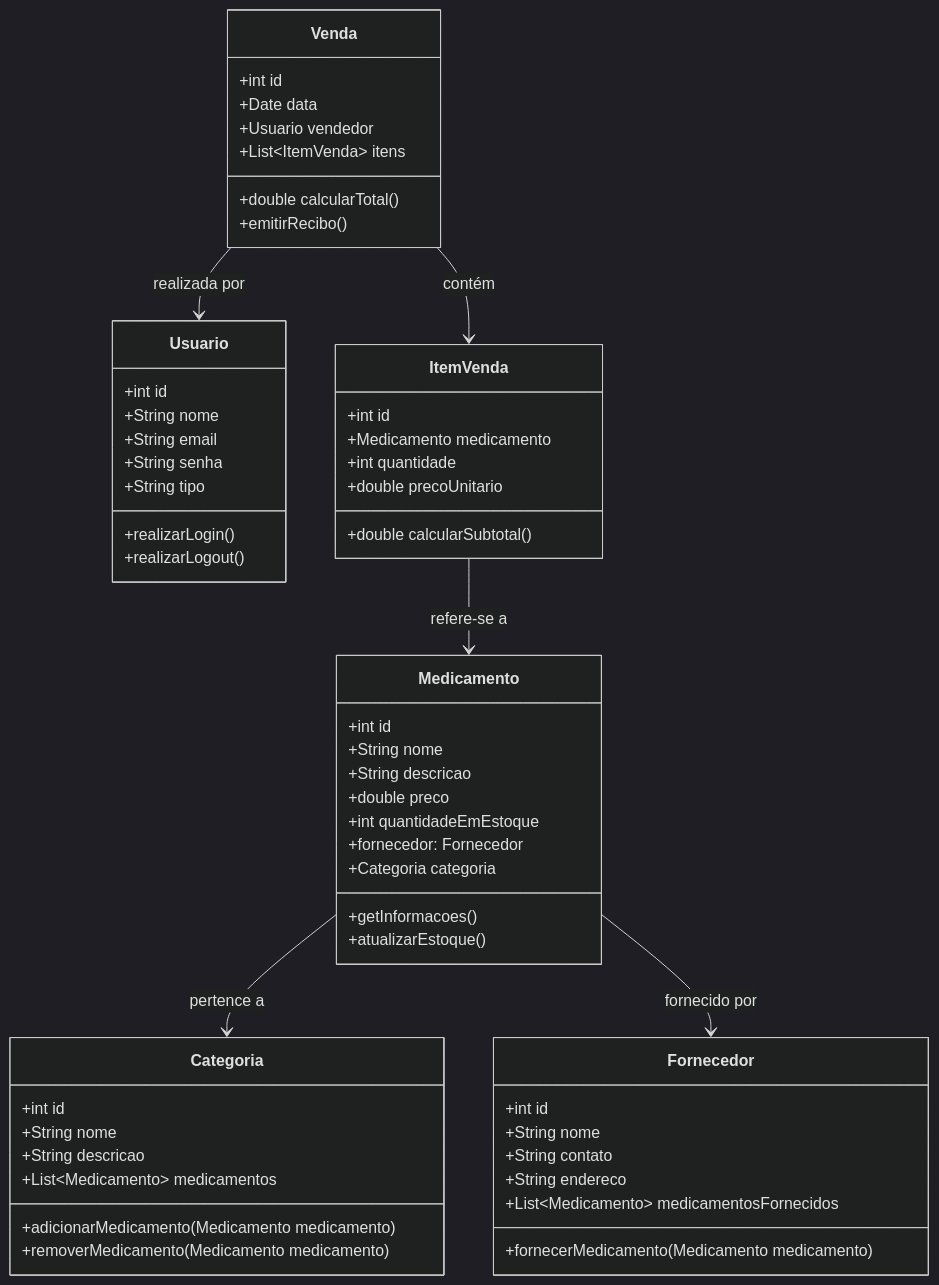
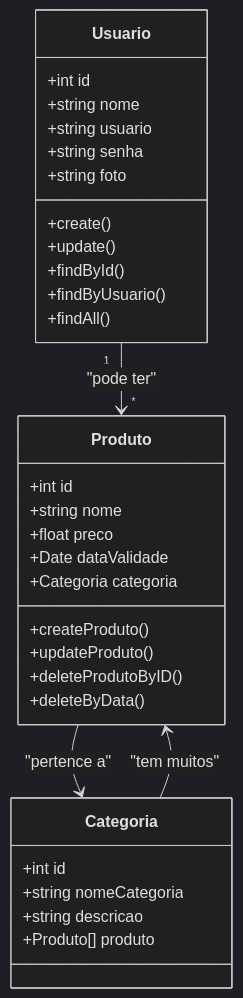
The diagram in README.md (ustavoteles/farmacia_backend), drawn with Mermaid (dark theme) before and after one commit.

````diff
--- a/README.md
+++ b/README.md
@@ -32,66 +32,40 @@
 ```mermaid
 classDiagram
-    class Medicamento {
+    class Produto {
         +int id
-        +String nome
-        +String descricao
-        +double preco
-        +int quantidadeEmEstoque
-        +fornecedor: Fornecedor
+        +string nome
+        +float preco
+        +Date dataValidade
         +Categoria categoria
-        +getInformacoes()
-        +atualizarEstoque()
+        +createProduto()
+        +updateProduto()
+        +deleteProdutoByID()
+        +deleteByData()
     }
 
     class Categoria {
         +int id
-        +String nome
-        +String descricao
-        +List~Medicamento~ medicamentos
-        +adicionarMedicamento(Medicamento medicamento)
-        +removerMedicamento(Medicamento medicamento)
-    }
-
-    class Fornecedor {
-        +int id
-        +String nome
-        +String contato
-        +String endereco
-        +List~Medicamento~ medicamentosFornecidos
-        +fornecerMedicamento(Medicamento medicamento)
+        +string nomeCategoria
+        +string descricao
+        +Produto[] produto
     }
 
     class Usuario {
         +int id
-        +String nome
-        +String email
-        +String senha
-        +String tipo
-        +realizarLogin()
-        +realizarLogout()
+        +string nome
+        +string usuario
+        +string senha
+        +string foto
+        +create()
+        +update()
+        +findById()
+        +findByUsuario()
+        +findAll()
     }
 
-    class Venda {
-        +int id
-        +Date data
-        +Usuario vendedor
-        +List~ItemVenda~ itens
-        +double calcularTotal()
-        +emitirRecibo()
-    }
+    Produto --> Categoria : "pertence a"
+    Categoria --> Produto : "tem muitos"
+    Usuario "1" --> "*" Produto : "pode ter"
 
-    class ItemVenda {
-        +int id
-        +Medicamento medicamento
-        +int quantidade
-        +double precoUnitario
-        +double calcularSubtotal()
-    }
-
-    Medicamento --> Categoria : pertence a
-    Medicamento --> Fornecedor : fornecido por
-    Venda --> Usuario : realizada por
-    Venda --> ItemVenda : contém
-    ItemVenda --> Medicamento : refere-se a
 
 ```
````
